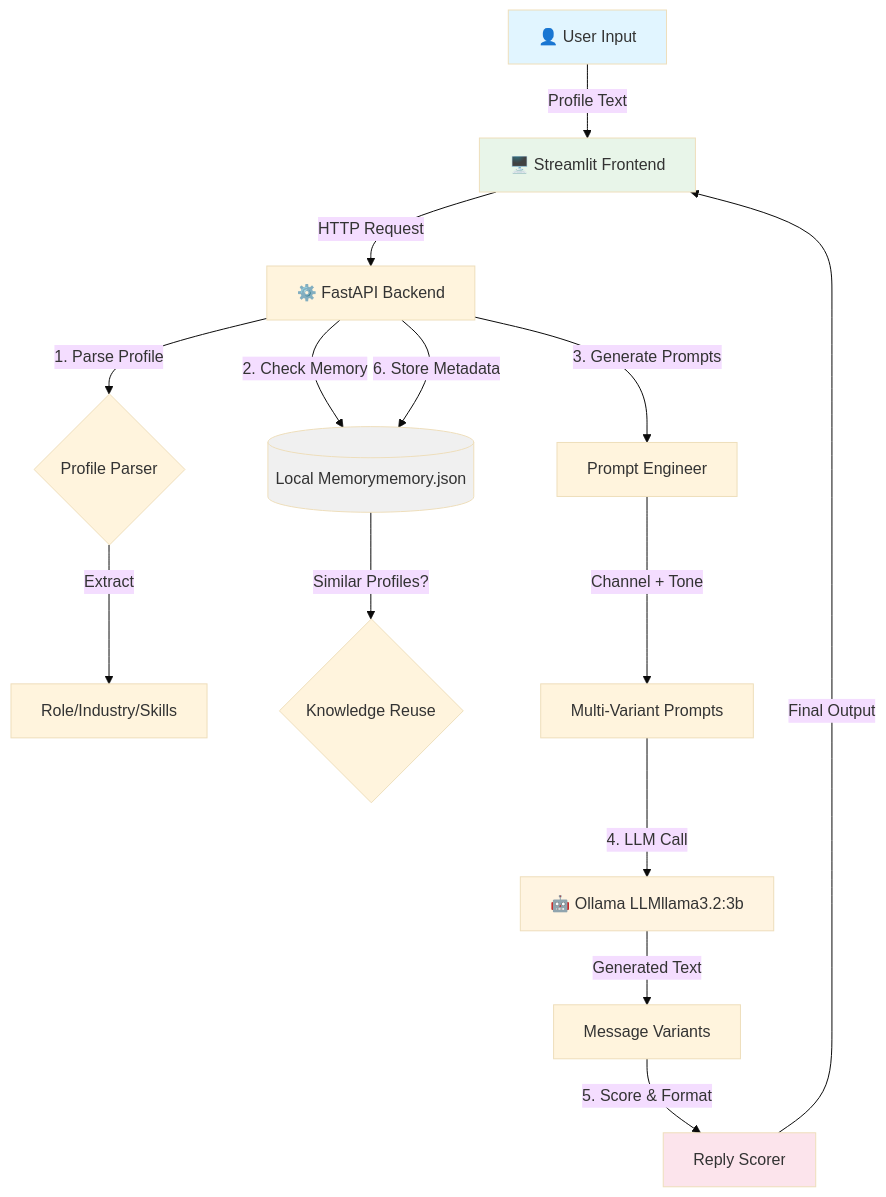
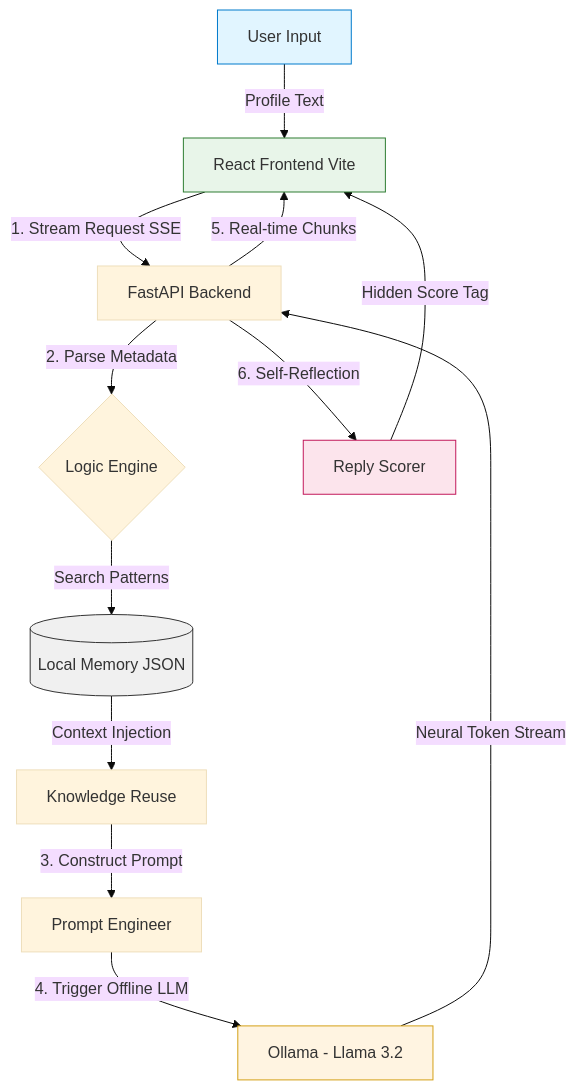
The diagram in README.md (bpranav371-ship-it/PICT-HACKATHON), drawn with Mermaid (base theme) before and after one commit. The commit also changed other lines of this file and 5 other files, not shown here.

````diff
--- a/README.md
+++ b/README.md
@@ -133,28 +133,24 @@
 ```mermaid
 graph TD
-    A[👤 User Input] -->|Profile Text| B[🖥️ Streamlit Frontend]
-    B -->|HTTP Request| C[⚙️ FastAPI Backend]
+    A[User Input] -->|Profile Text| B[React Frontend Vite]
+    B -->|1. Stream Request SSE| C[FastAPI Backend]
     
-    C -->|1. Parse Profile| D{Profile Parser}
-    D -->|Extract| E[Role/Industry/Skills]
+    C -->|2. Parse Metadata| D{Logic Engine}
+    D -->|Search Patterns| F[(Local Memory JSON)]
+    F -->|Context Injection| G[Knowledge Reuse]
     
-    C -->|2. Check Memory| F[(Local Memorymemory.json)]
-    F -->|Similar Profiles?| G{Knowledge Reuse}
+    G -->|3. Construct Prompt| H[Prompt Engineer]
     
-    C -->|3. Generate Prompts| H[Prompt Engineer]
-    H -->|Channel + Tone| I[Multi-Variant Prompts]
+    H -->|4. Trigger Offline LLM| J[Ollama - Llama 3.2]
+    J -->|Neural Token Stream| C
+    C -->|5. Real-time Chunks| B
     
-    I -->|4. LLM Call| J[🤖 Ollama LLMllama3.2:3b]
-    J -->|Generated Text| K[Message Variants]
-    
-    K -->|5. Score & Format| L[Reply Scorer]
-    L -->|Final Output| B
-    
-    C -->|6. Store Metadata| F
-    
-    style A fill:#e1f5ff
-    style J fill:#fff4e1
-    style F fill:#f0f0f0
-    style B fill:#e8f5e9
-    style L fill:#fce4ec
+    C -->|6. Self-Reflection| L[Reply Scorer]
+    L -->|Hidden Score Tag| B
+
+    style A fill:#e1f5ff,stroke:#007acc
+    style J fill:#fff4e1,stroke:#d4a017
+    style F fill:#f0f0f0,stroke:#333
+    style B fill:#e8f5e9,stroke:#2e7d32
+    style L fill:#fce4ec,stroke:#c2185b
 ```
````
